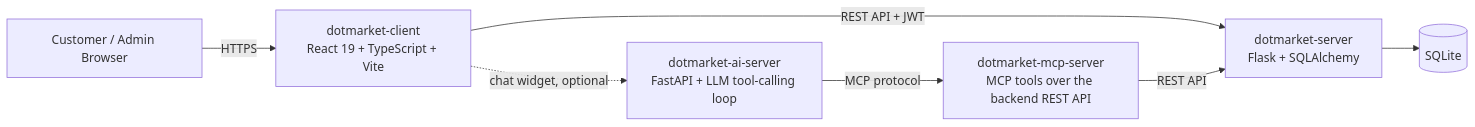
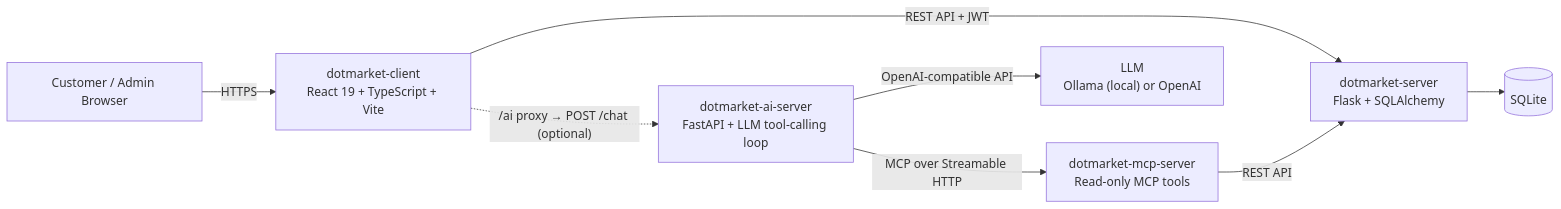
One commit to dotcomico/dotmarket changed the diagram in Readme.md. Above: the diagram before and after it, drawn with Mermaid. The commit also changed other lines of this file and 6 other files, not shown here.

````diff
--- a/Readme.md
+++ b/Readme.md
@@ -111,9 +141,10 @@
 ```mermaid
 flowchart LR
     U["Customer / Admin Browser"] -->|HTTPS| FE["dotmarket-client\nReact 19 + TypeScript + Vite"]
     FE -->|REST API + JWT| BE["dotmarket-server\nFlask + SQLAlchemy"]
     BE --> DB[("SQLite")]
-    FE -.->|chat widget, optional| AI["dotmarket-ai-server\nFastAPI + LLM tool-calling loop"]
-    AI -->|MCP protocol| MCP["dotmarket-mcp-server\nMCP tools over the backend REST API"]
+    FE -.->|"/ai proxy → POST /chat (optional)"| AI["dotmarket-ai-server\nFastAPI + LLM tool-calling loop"]
+    AI -->|OpenAI-compatible API| LLM["LLM\nOllama (local) or OpenAI"]
+    AI -->|MCP over Streamable HTTP| MCP["dotmarket-mcp-server\nRead-only MCP tools"]
     MCP -->|REST API| BE
 ```
````
